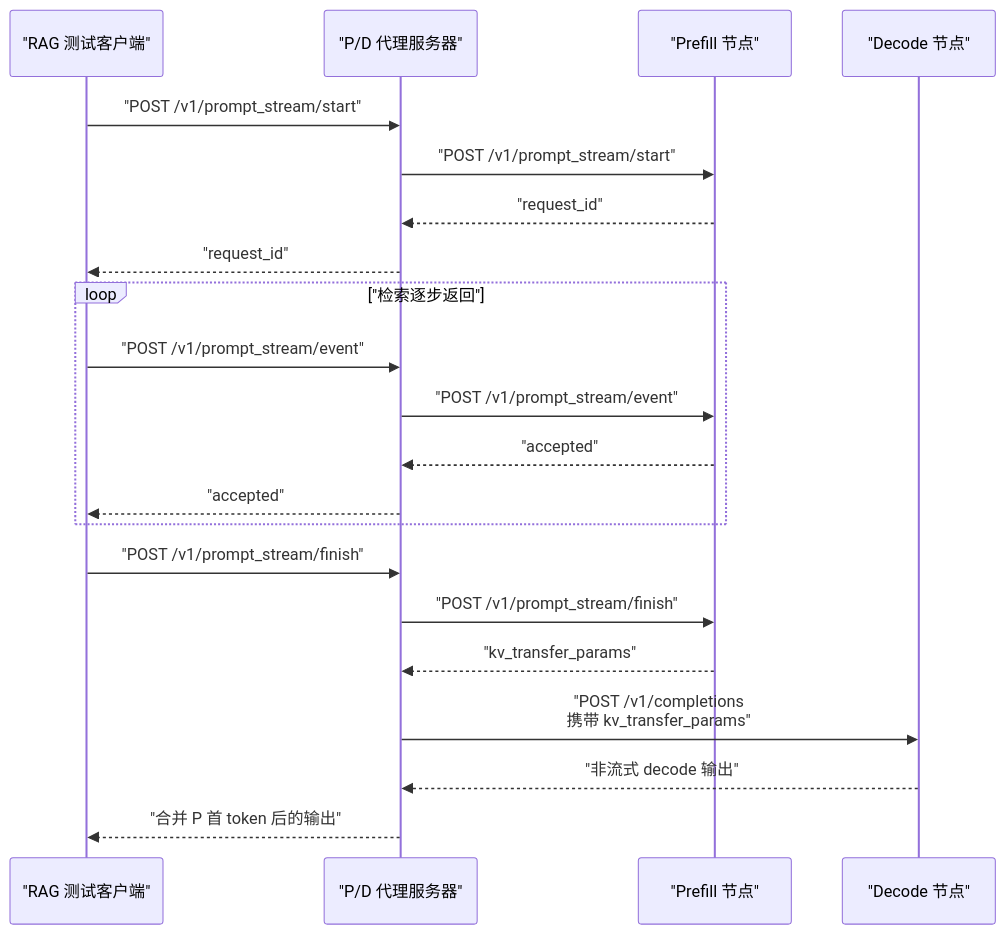
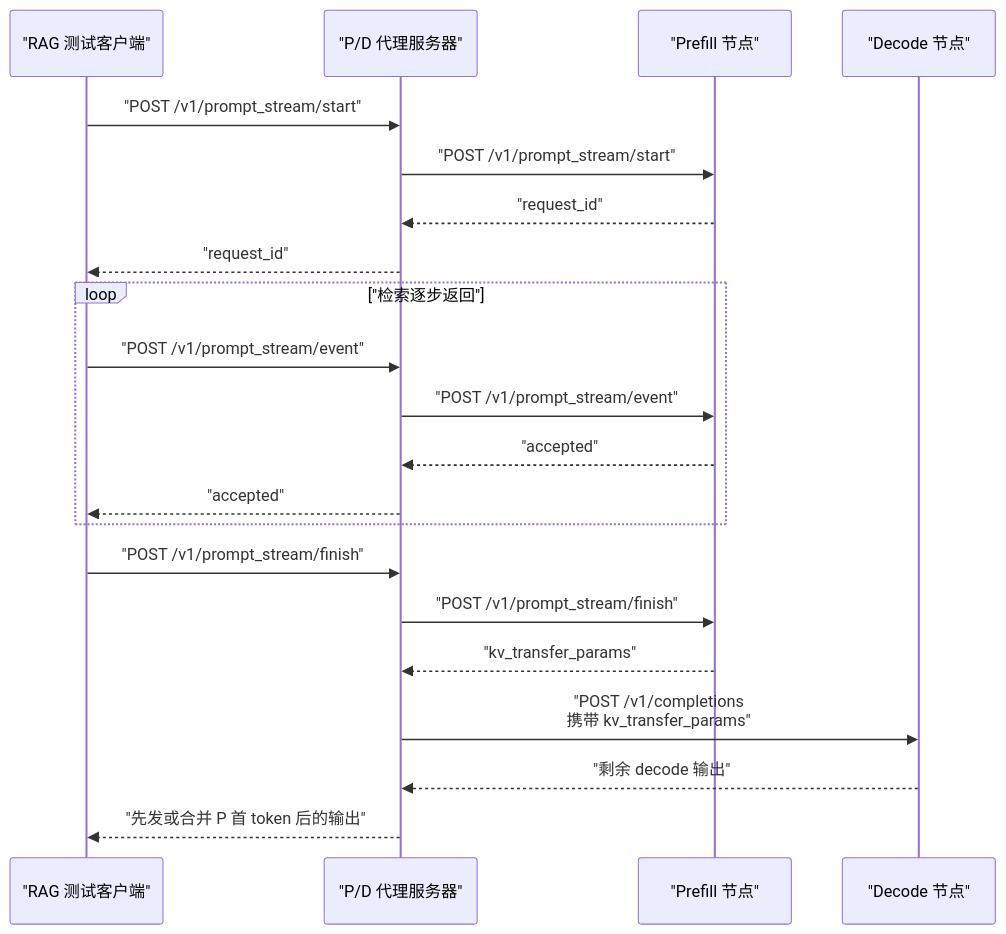
Before and after one commit to crashingby/mixed-source-stream-prefill: the second of 3 diagrams in research/RESTFUL.md, drawn with Mermaid. The commit also changed other lines of this file and 34 other files, not shown here.

````diff
--- a/research/RESTFUL.md
+++ b/research/RESTFUL.md
@@ -49,26 +53,26 @@
 ```mermaid
 sequenceDiagram
     participant C as "RAG 测试客户端"
     participant Proxy as "P/D 代理服务器"
     participant P as "Prefill 节点"
     participant D as "Decode 节点"
 
     C->>Proxy: "POST /v1/prompt_stream/start"
     Proxy->>P: "POST /v1/prompt_stream/start"
     P-->>Proxy: "request_id"
     Proxy-->>C: "request_id"
 
     loop "检索逐步返回"
         C->>Proxy: "POST /v1/prompt_stream/event"
         Proxy->>P: "POST /v1/prompt_stream/event"
         P-->>Proxy: "accepted"
         Proxy-->>C: "accepted"
     end
 
     C->>Proxy: "POST /v1/prompt_stream/finish"
     Proxy->>P: "POST /v1/prompt_stream/finish"
     P-->>Proxy: "kv_transfer_params"
     Proxy->>D: "POST /v1/completions<br>携带 kv_transfer_params"
-    D-->>Proxy: "非流式 decode 输出"
-    Proxy-->>C: "合并 P 首 token 后的输出"
+    D-->>Proxy: "剩余 decode 输出"
+    Proxy-->>C: "先发或合并 P 首 token 后的输出"
 ```
````
